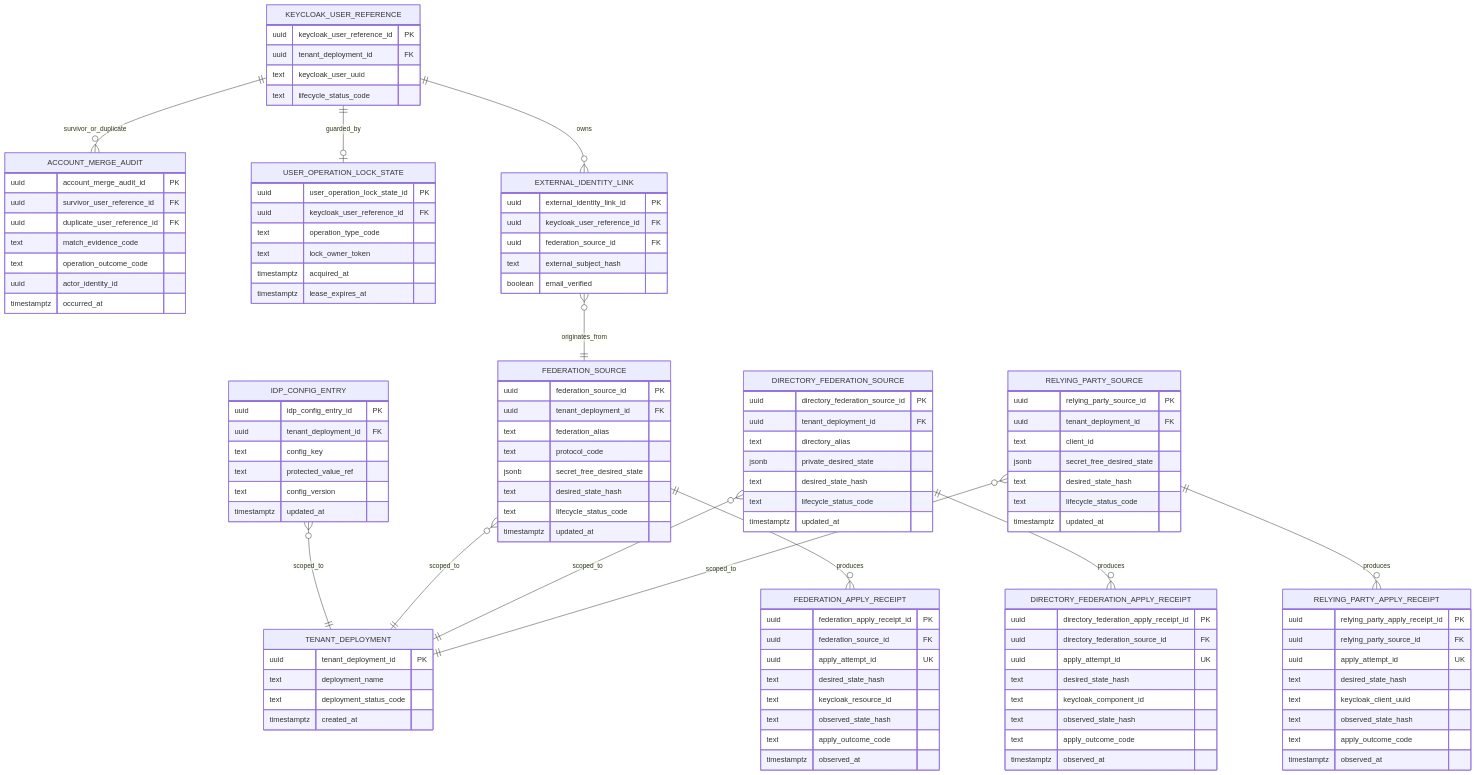
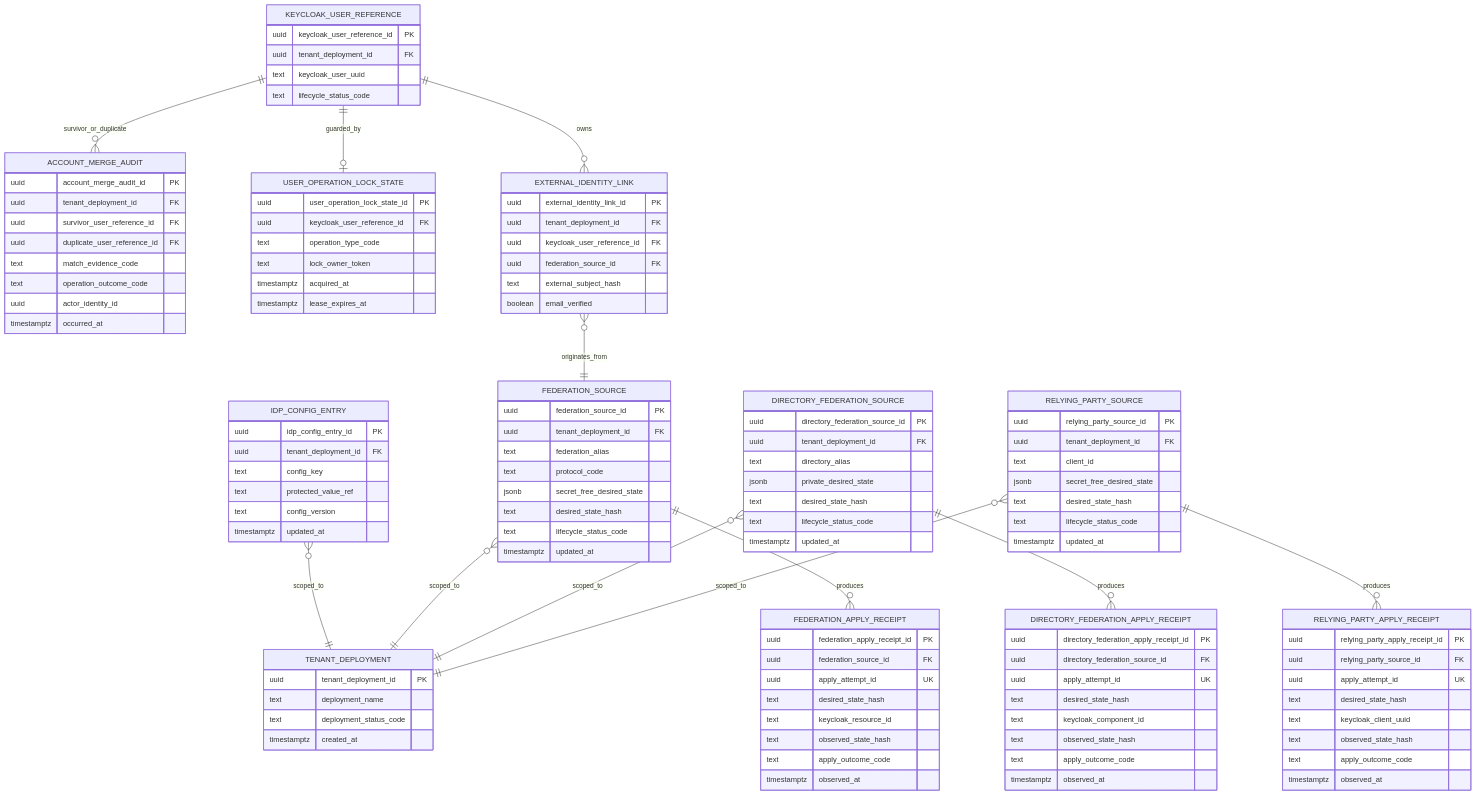
One commit to ContextualWisdomLab/keyverse changed the first of 2 diagrams in docs/ERD.md. Above: the diagram before and after it, drawn with Mermaid. The commit also changed other lines of this file and 12 other files, not shown here.

```diff
--- a/docs/ERD.md
+++ b/docs/ERD.md
@@ -110,6 +110,7 @@
 
     EXTERNAL_IDENTITY_LINK {
       uuid external_identity_link_id PK
+      uuid tenant_deployment_id FK
       uuid keycloak_user_reference_id FK
       uuid federation_source_id FK
       text external_subject_hash
@@ -118,6 +119,7 @@
 
     ACCOUNT_MERGE_AUDIT {
       uuid account_merge_audit_id PK
+      uuid tenant_deployment_id FK
       uuid survivor_user_reference_id FK
       uuid duplicate_user_reference_id FK
       text match_evidence_code
```
